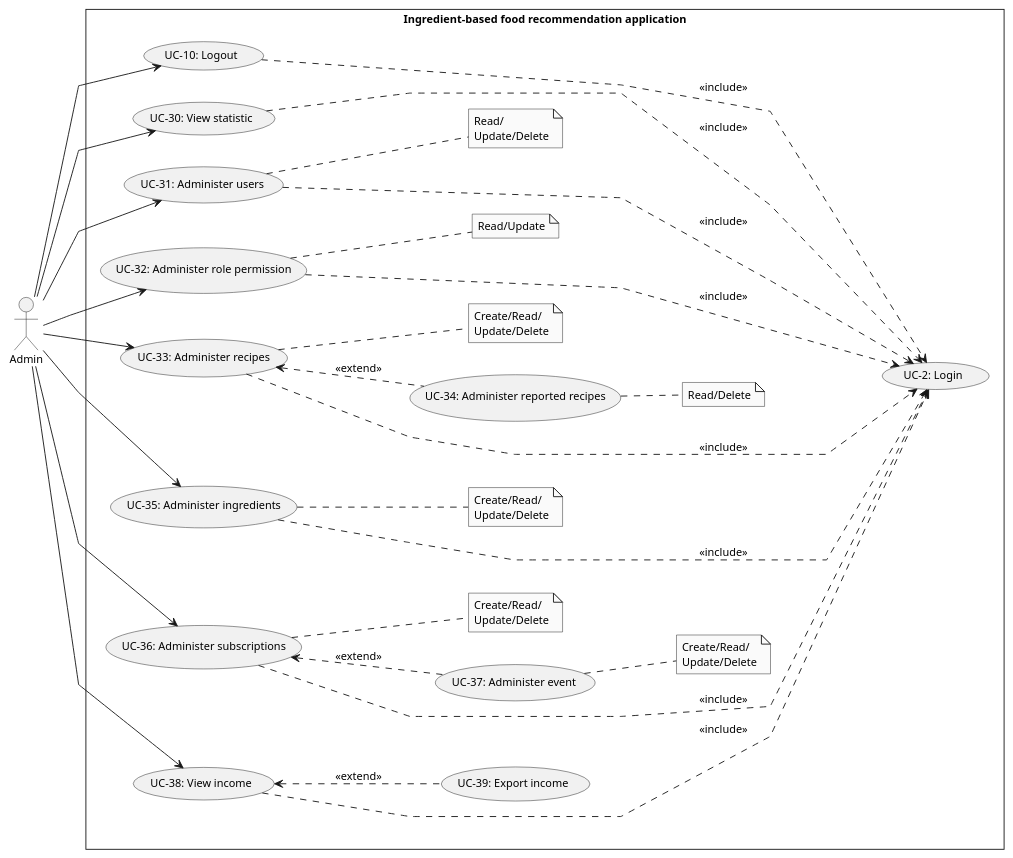
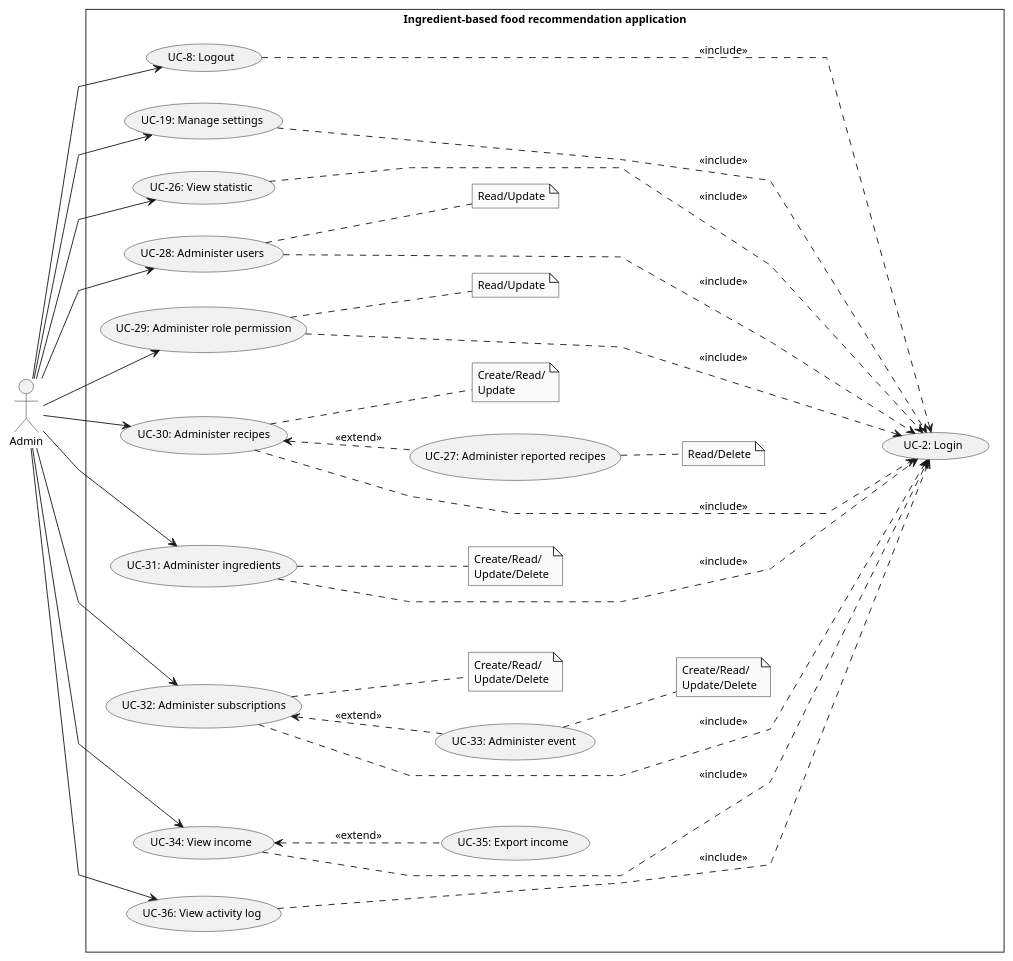
One commit to Carl-Johnsons/tastopia changed the diagram in doc/SRS/Usecase/AdminUsecase.plantuml. Above: the diagram before and after it, drawn with PlantUML. The commit also changed 2 other files, not shown here.

Commit message:
doc: update 3 usecase

```diff
--- a/doc/SRS/Usecase/AdminUsecase.plantuml
+++ b/doc/SRS/Usecase/AdminUsecase.plantuml
@@ -1,62 +1,69 @@
 @startuml AdminUsecase
 skinparam style strictuml
 skinparam monochrome true
 skinparam linetype polyline
 skinparam defaultFontSize 12
 left to right direction
 actor "Admin" as admin
 ' actor "Admin" as admin
 rectangle Ingredient-based<U+0020>food<U+0020>recommendation<U+0020>application {
     usecase "UC-2: Login" as ucLogin
-    usecase "UC-10: Logout" as ucLogout
+    usecase "UC-8: Logout" as ucLogout
+    usecase "UC-19: Manage settings" as ucManageSetting
 
-    usecase "UC-30: View statistic" as ucViewStatistic
-    usecase "UC-34: Administer reported recipes" as ucAdmReportedRepices
-    usecase "UC-31: Administer users" as ucAdmUser
-    usecase "UC-32: Administer role permission" as ucAdmRolePermis
-    usecase "UC-33: Administer recipes" as ucAdmRecipe
-    usecase "UC-35: Administer ingredients" as ucAdmIngre
-    usecase "UC-36: Administer subscriptions" as ucAdmSubcript
-    usecase "UC-37: Administer event" as ucAdmEvent
-    usecase "UC-38: View income" as ucViewIncome
-    usecase "UC-39: Export income" as ucExportIncome
 
-    note "Read/\nUpdate/Delete" as noteAdmUser
-    note "Create/Read/\nUpdate/Delete" as noteAdmRecipe
+    usecase "UC-26: View statistic" as ucViewStatistic
+    usecase "UC-27: Administer reported recipes" as ucAdmReportedRepices
+    usecase "UC-28: Administer users" as ucAdmUser
+    usecase "UC-29: Administer role permission" as ucAdmRolePermis
+    usecase "UC-30: Administer recipes" as ucAdmRecipe
+    usecase "UC-31: Administer ingredients" as ucAdmIngre
+    usecase "UC-32: Administer subscriptions" as ucAdmSubcript
+    usecase "UC-33: Administer event" as ucAdmEvent
+    usecase "UC-34: View income" as ucViewIncome
+    usecase "UC-35: Export income" as ucExportIncome
+    usecase "UC-36: View activity log" as ucViewActivityLog
+
+
+    note "Read/Update" as noteAdmUser
+    note "Create/Read/\nUpdate" as noteAdmRecipe
     note "Create/Read/\nUpdate/Delete" as noteAdmIngre
     note "Create/Read/\nUpdate/Delete" as noteAdmSubcipt
     note "Create/Read/\nUpdate/Delete" as noteAdmEvent
     note "Read/Delete" as noteAdmReportedRecipes
     note "Read/Update" as noteAmdRolePermis
 
     admin --> ucAdmUser
         ucAdmUser .. noteAdmUser
     admin --> ucAdmRecipe
         ucAdmRecipe <.. ucAdmReportedRepices : <<extend>>
             ucAdmReportedRepices .. noteAdmReportedRecipes
         ucAdmRecipe .. noteAdmRecipe
     admin --> ucAdmIngre
         ucAdmIngre .. noteAdmIngre
     admin --> ucAdmRolePermis
         ucAdmRolePermis .. noteAmdRolePermis
     admin --> ucAdmSubcript
         ucAdmSubcript <.. ucAdmEvent : <<extend>>
             ucAdmEvent .. noteAdmEvent
         ucAdmSubcript .. noteAdmSubcipt
     admin --> ucViewStatistic
     admin --> ucViewIncome
         ucViewIncome <.. ucExportIncome : <<extend>>
+    admin --> ucViewActivityLog
+    admin --> ucManageSetting
     admin --> ucLogout
 
     ucLogout .....> ucLogin : <<include>>
     ucViewStatistic .....> ucLogin : <<include>>
     ucAdmUser .....> ucLogin : <<include>>
     ucAdmRolePermis .....> ucLogin : <<include>>
     ucAdmRecipe .....> ucLogin : <<include>>
     ucAdmIngre .....> ucLogin : <<include>>
     ucAdmSubcript .....> ucLogin : <<include>>
     ucViewIncome .....> ucLogin : <<include>>
-
+    ucManageSetting .....> ucLogin : <<include>>
+    ucViewActivityLog .....> ucLogin : <<include>>
 }
 
 @enduml
```
